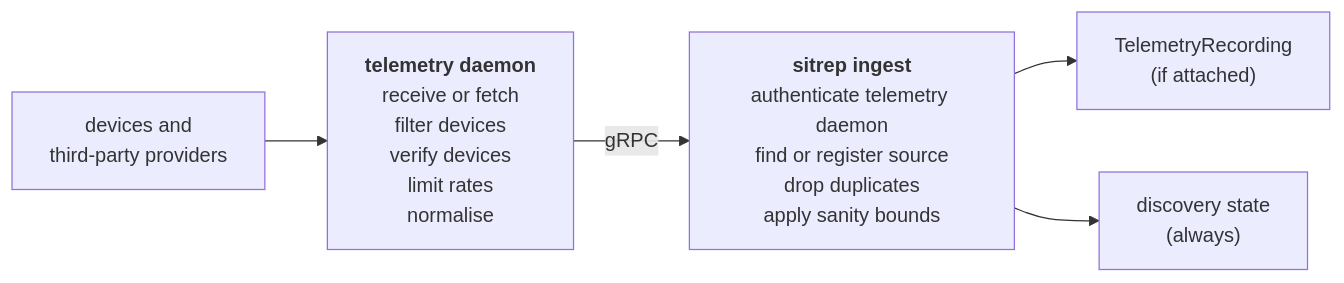
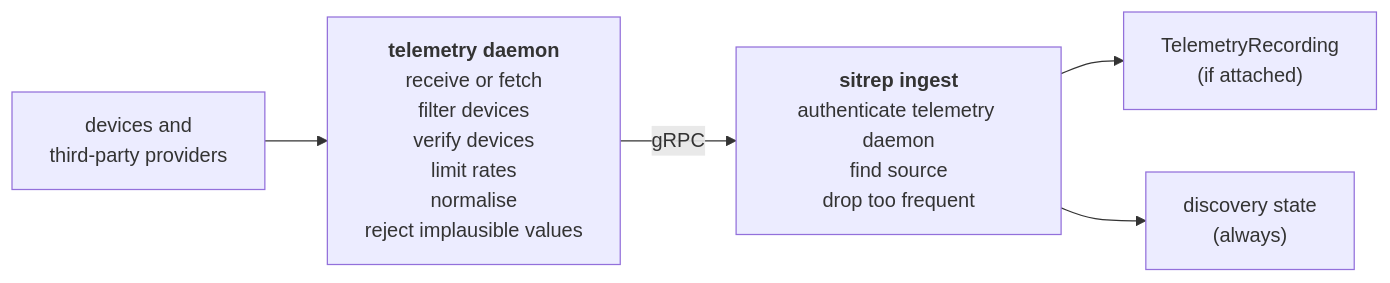
Before and after one commit to f-eld-ch/sitrep: the second of 2 diagrams in docs/development/Automatic Telemetry Events.md, drawn with Mermaid. The commit also changed other lines of this file, not shown here.

First line of the commit message:
docs(development): tighten telemetry design after review

````diff
--- a/docs/development/Automatic Telemetry Events.md
+++ b/docs/development/Automatic Telemetry Events.md
@@ -162,7 +165,7 @@
 ```mermaid
 flowchart LR
-    D["devices and<br/>third-party providers"] --> T["<b>telemetry daemon</b><br/>receive or fetch<br/>filter devices<br/>verify devices<br/>limit rates<br/>normalise"]
-    T -- "gRPC" --> I["<b>sitrep ingest</b><br/>authenticate telemetry daemon<br/>find or register source<br/>drop duplicates<br/>apply sanity bounds"]
+    D["devices and<br/>third-party providers"] --> T["<b>telemetry daemon</b><br/>receive or fetch<br/>filter devices<br/>verify devices<br/>limit rates<br/>normalise<br/>reject implausible values"]
+    T -- "gRPC" --> I["<b>sitrep ingest</b><br/>authenticate telemetry daemon<br/>find source<br/>drop too frequent"]
     I --> R["TelemetryRecording<br/>(if attached)"]
     I --> S["discovery state<br/>(always)"]
 ```
````
